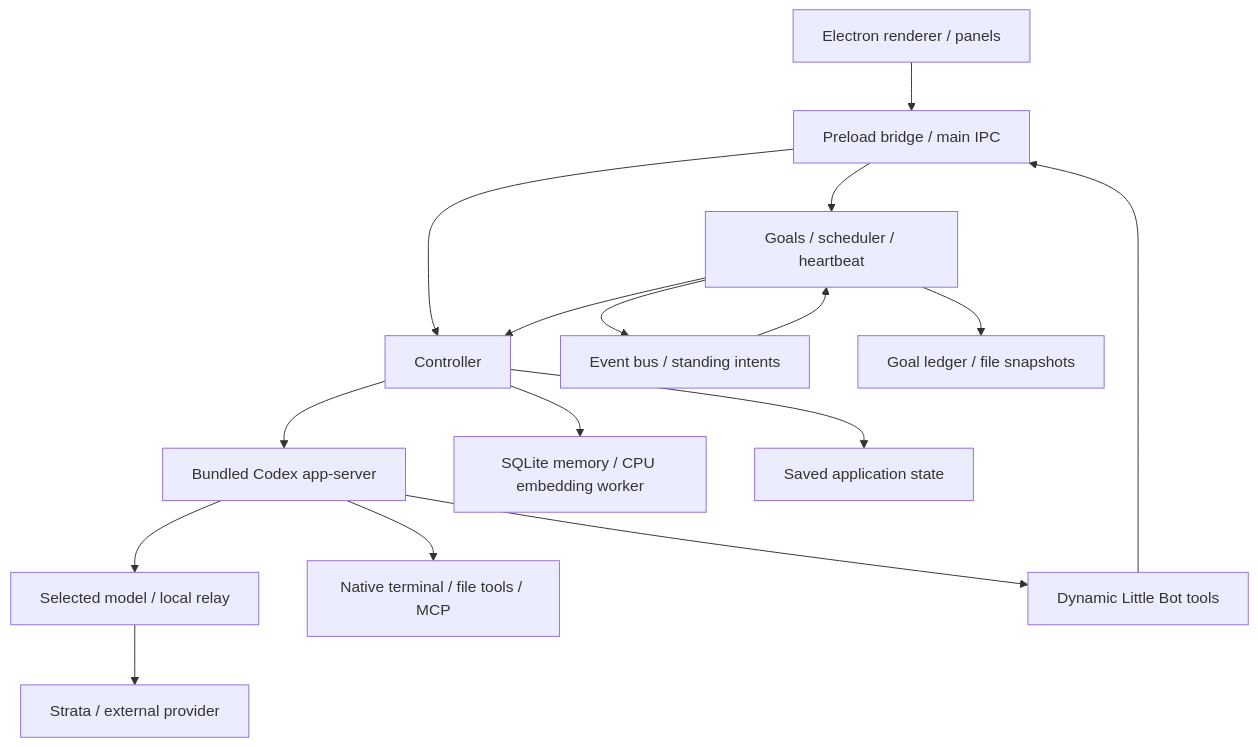
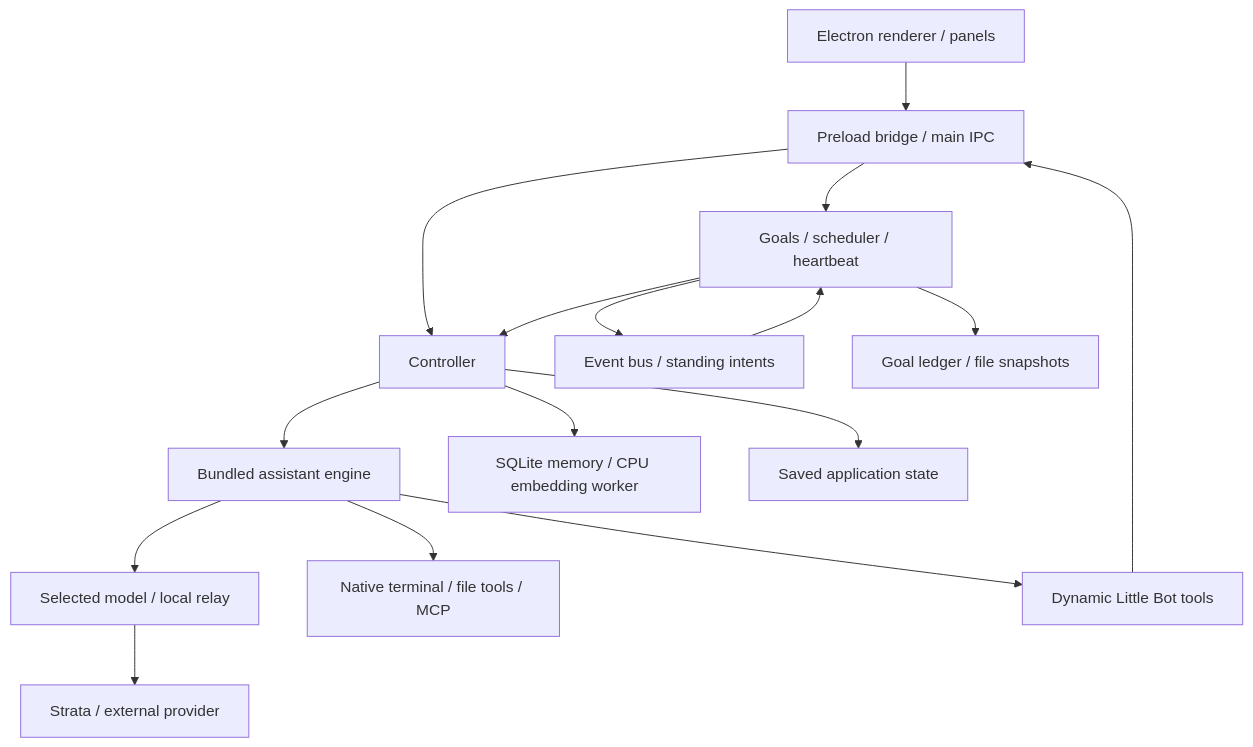
One commit to b7216309-jpg/little-bot changed the diagram in docs/system-guide/README.md. Above: the diagram before and after it, drawn with Mermaid. The commit also changed 69 other files, not shown here.

````diff
--- a/docs/system-guide/README.md
+++ b/docs/system-guide/README.md
@@ -32,18 +32,18 @@
 ```mermaid
 flowchart TD
   UI[Electron renderer / panels] --> IPC[Preload bridge / main IPC]
   IPC --> C[Controller]
   IPC --> R[Goals / scheduler / heartbeat]
-  C --> E[Bundled Codex app-server]
+  C --> E[Bundled assistant engine]
   E --> P[Selected model / local relay]
   P --> S[Strata / external provider]
   E --> T[Native terminal / file tools / MCP]
   E --> D[Dynamic Little Bot tools]
   D --> IPC
   C --> M[SQLite memory / CPU embedding worker]
   C --> ST[Saved application state]
   R --> C
   R --> B[Event bus / standing intents]
   B --> R
   R --> F[Goal ledger / file snapshots]
 ```
````
